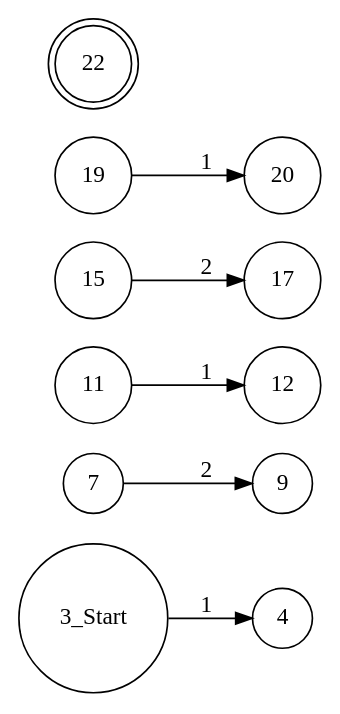
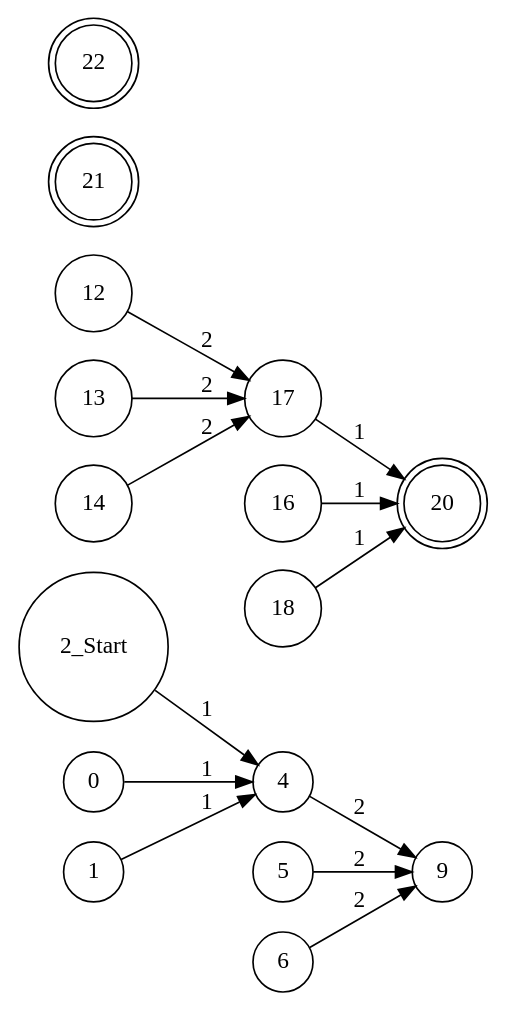
Before and after one commit to vnmsklnk/Interpreter-RegEx: the diagram in out-intersection.dot, drawn with Graphviz. The commit also changed 3 other files, not shown here.

```diff
--- a/out-intersection.dot
+++ b/out-intersection.dot
@@ -1,17 +1,33 @@
 digraph nfa
 {
 rankdir = LR
 node [shape = circle];
-3[shape = circle, label = "3_Start"]
-3 -> 4 [label = "1"]
+2[shape = circle, label = "2_Start"]
+0 -> 4 [label = "1"]
 
-7 -> 9 [label = "2"]
+1 -> 4 [label = "1"]
 
-11 -> 12 [label = "1"]
+2 -> 4 [label = "1"]
 
-15 -> 17 [label = "2"]
+4 -> 9 [label = "2"]
 
-19 -> 20 [label = "1"]
+5 -> 9 [label = "2"]
 
+6 -> 9 [label = "2"]
+
+12 -> 17 [label = "2"]
+
+13 -> 17 [label = "2"]
+
+14 -> 17 [label = "2"]
+
+16 -> 20 [label = "1"]
+
+17 -> 20 [label = "1"]
+
+18 -> 20 [label = "1"]
+
+20[shape = doublecircle]
+21[shape = doublecircle]
 22[shape = doublecircle]
 }
```
